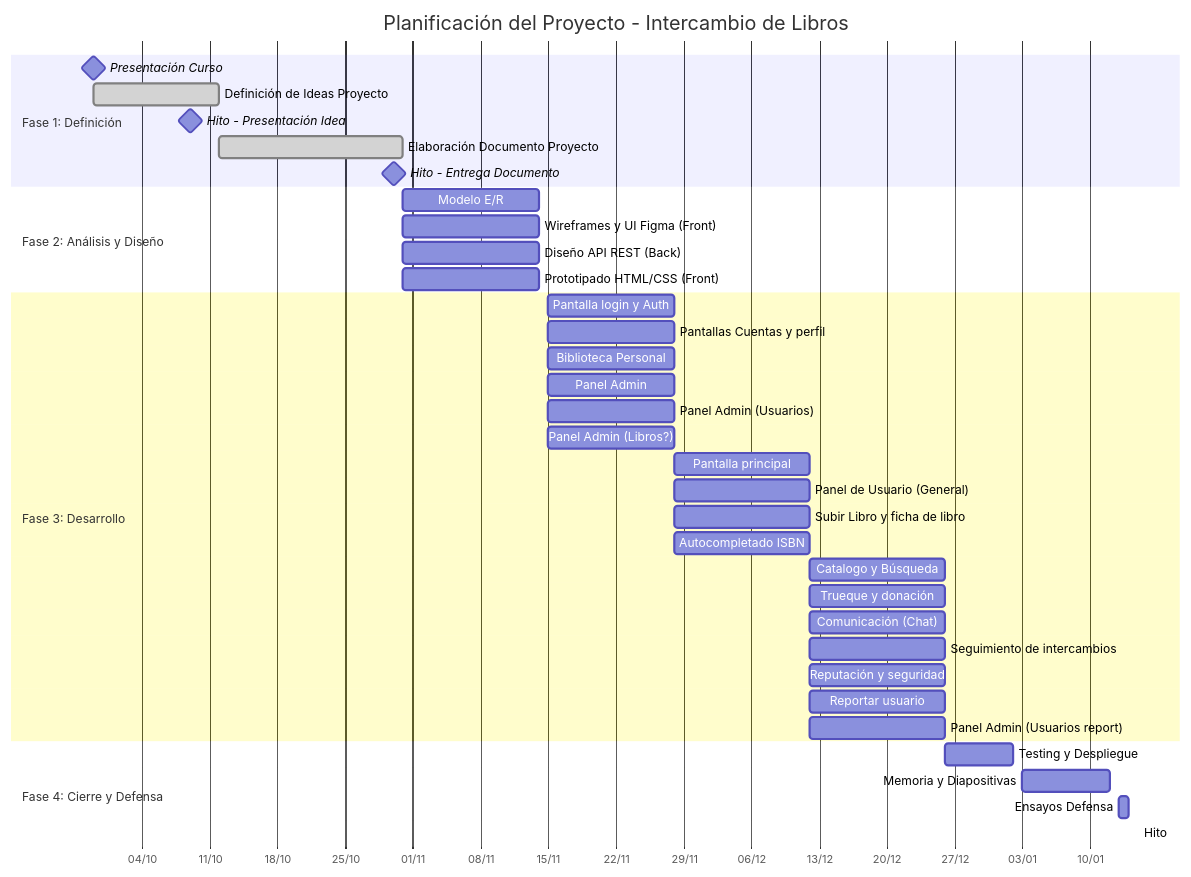
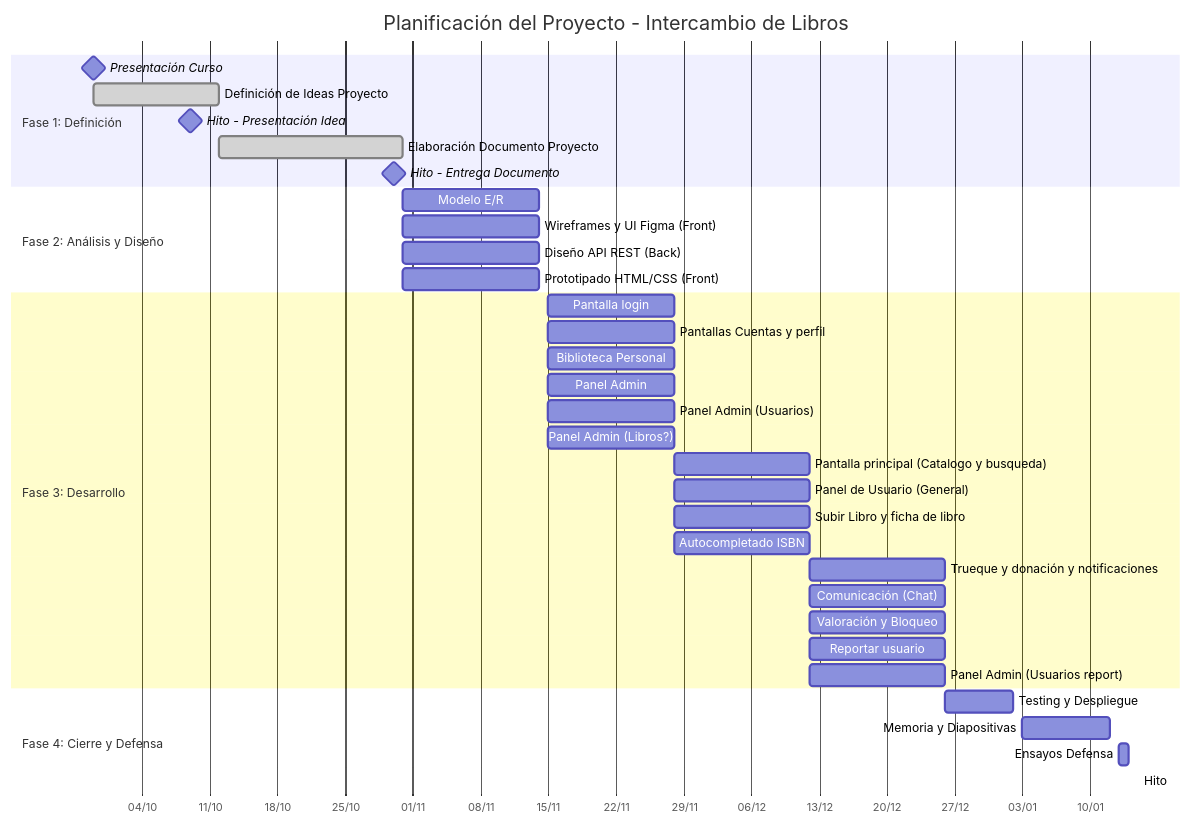
The diagram in README.md (librolibre/librolibre), drawn with Mermaid before and after one commit.

Commit message:
Actualizar cronograma

````diff
--- a/README.md
+++ b/README.md
@@ -13,44 +13,42 @@
 ```mermaid
 gantt
     title Planificación del Proyecto - Intercambio de Libros
     dateFormat  YYYY-MM-DD
     axisFormat %d/%m
     
     section Fase 1: Definición
     Presentación Curso              :milestone, 2026-09-29, 0d
     Definición de Ideas Proyecto    :done, 2026-09-29, 2026-10-12
     Hito - Presentación Idea        :milestone, 2026-10-09, 0d
     Elaboración Documento Proyecto  :done, 2026-10-12, 2026-10-31
     Hito - Entrega Documento        :milestone, 2026-10-30, 0d
 
     section Fase 2: Análisis y Diseño
     Modelo E/R                      :2026-10-31, 2026-11-14
     Wireframes y UI Figma (Front)   :2026-10-31, 2026-11-14
     Diseño API REST (Back)          :2026-10-31, 2026-11-14
     Prototipado HTML/CSS (Front)    :2026-10-31, 2026-11-14
 
     section Fase 3: Desarrollo
-    Pantalla login y Auth           :2026-11-15, 2026-11-28
+    Pantalla login                  :2026-11-15, 2026-11-28
     Pantallas Cuentas y perfil      :2026-11-15, 2026-11-28
     Biblioteca Personal             :2026-11-15, 2026-11-28
     Panel Admin                     :2026-11-15, 2026-11-28
     Panel Admin (Usuarios)          :2026-11-15, 2026-11-28
     Panel Admin (Libros?)           :2026-11-15, 2026-11-28
-    Pantalla principal              :2026-11-28, 2026-12-12
+    Pantalla principal (Catalogo y busqueda)              :2026-11-28, 2026-12-12
     Panel de Usuario (General)      :2026-11-28, 2026-12-12
     Subir Libro y ficha de libro    :2026-11-28, 2026-12-12
     Autocompletado ISBN             :2026-11-28, 2026-12-12
-    Catalogo y Búsqueda             :2026-12-12, 2026-12-26
-    Trueque y donación              :2026-12-12, 2026-12-26
+    Trueque y donación y notificaciones                    :2026-12-12, 2026-12-26
     Comunicación (Chat)             :2026-12-12, 2026-12-26
-    Seguimiento de intercambios     :2026-12-12, 2026-12-26
-    Reputación y seguridad          :2026-12-12, 2026-12-26
+    Valoración y Bloqueo            :2026-12-12, 2026-12-26
     Reportar usuario                :2026-12-12, 2026-12-26
     Panel Admin (Usuarios report)   :2026-12-12, 2026-12-26
 
     section Fase 4: Cierre y Defensa
     Testing y Despliegue           :2026-12-26, 2027-01-02
     Memoria y Diapositivas         :2027-01-03, 2027-01-12
     Ensayos Defensa                :2027-01-13, 2027-01-14
     Hito: Defensa Oral             :milestone, 2027-01-15, 0d
 ```
````
